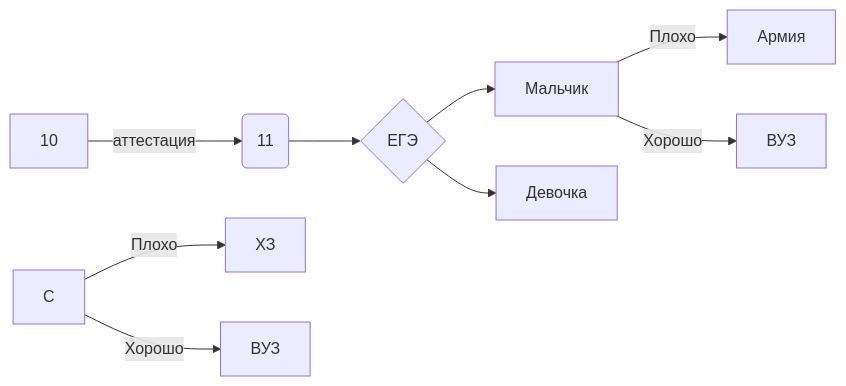
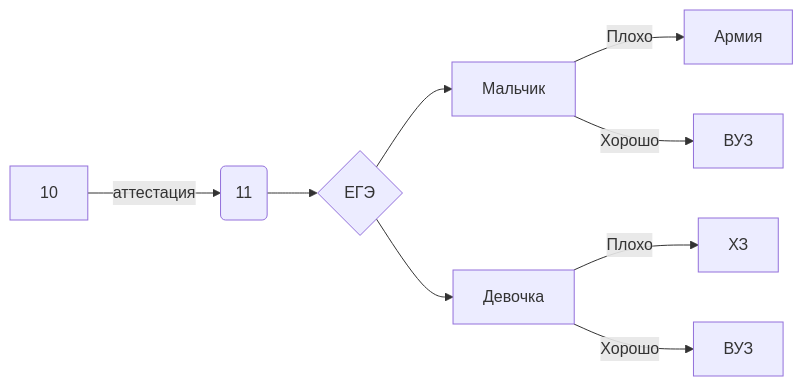
Before and after one commit to VoroninVaycheslav/LearnOfInvormatic: the diagram in README.md, drawn with Mermaid.

````diff
--- a/README.md
+++ b/README.md
@@ -41,11 +41,11 @@
 ```mermaid
 flowchart LR
 A[10] -->|аттестация| B(11)
 B --> C{ЕГЭ}
 C --> D[Мальчик]
 D --> |Плохо|G[Армия]
 D --> |Хорошо|H[ВУЗ]
 C --> E[Девочка]
-С --> |Плохо|I[ХЗ]
-С --> |Хорошо|K[ВУЗ]
+E --> |Плохо|I[ХЗ]
+E--> |Хорошо|K[ВУЗ]
 ```
````
